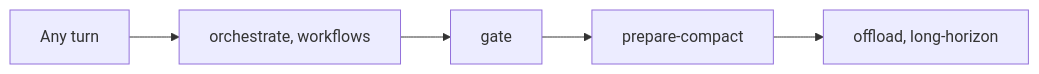
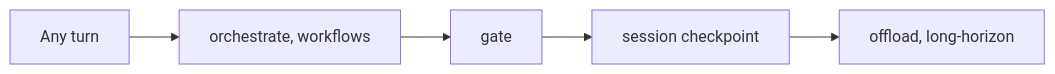
The tenth of 14 diagrams in docs/skill-guide.md (FAZuH/agent), drawn with Mermaid before and after one commit. The commit also changed other lines of this file and 1 other file, not shown here.

````diff
--- a/docs/skill-guide.md
+++ b/docs/skill-guide.md
@@ -216,7 +212,7 @@
 ```mermaid
 flowchart LR
   A[Any turn] --> O[orchestrate, workflows]
   O --> G[gate]
-  G --> P[prepare-compact]
+  G --> P[session checkpoint]
   P --> H[offload, long-horizon]
 ```
````
